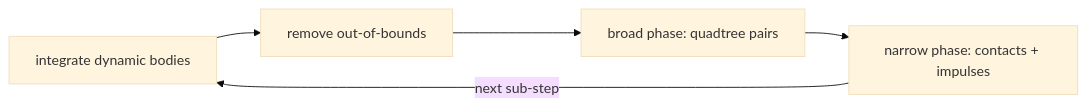
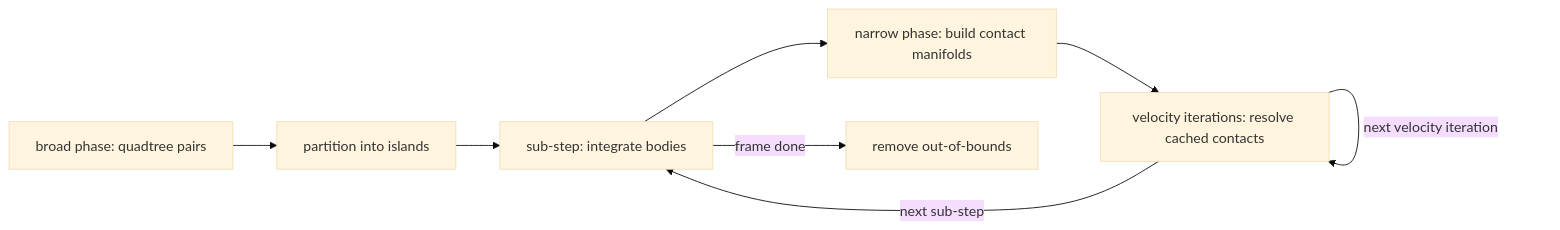
Before and after one commit to matajoh/boc-physics: the diagram in README.md, drawn with Mermaid (base theme). The commit also changed other lines of this file and 10 other files, not shown here.

````diff
--- a/README.md
+++ b/README.md
@@ -42,7 +47,10 @@
 ```mermaid
 flowchart LR
-    A[integrate dynamic bodies] --> B[remove out-of-bounds]
-    B --> C[broad phase: quadtree pairs]
-    C --> D[narrow phase: contacts + impulses]
-    D -->|next sub-step| A
+    A[broad phase: quadtree pairs] --> B[partition into islands]
+    B --> C[sub-step: integrate bodies]
+    C --> D[narrow phase: build contact manifolds]
+    D --> E[velocity iterations: resolve cached contacts]
+    E -->|next velocity iteration| E
+    E -->|next sub-step| C
+    C -->|frame done| F[remove out-of-bounds]
 ```
````
